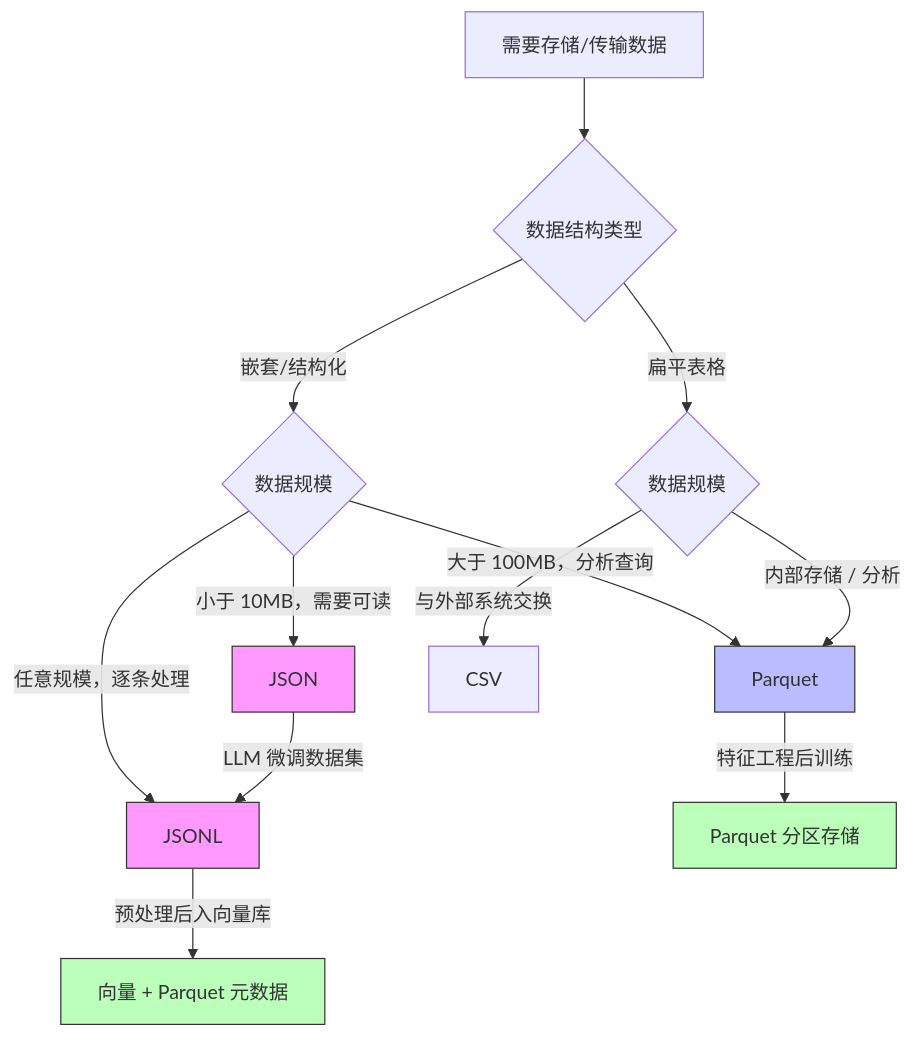
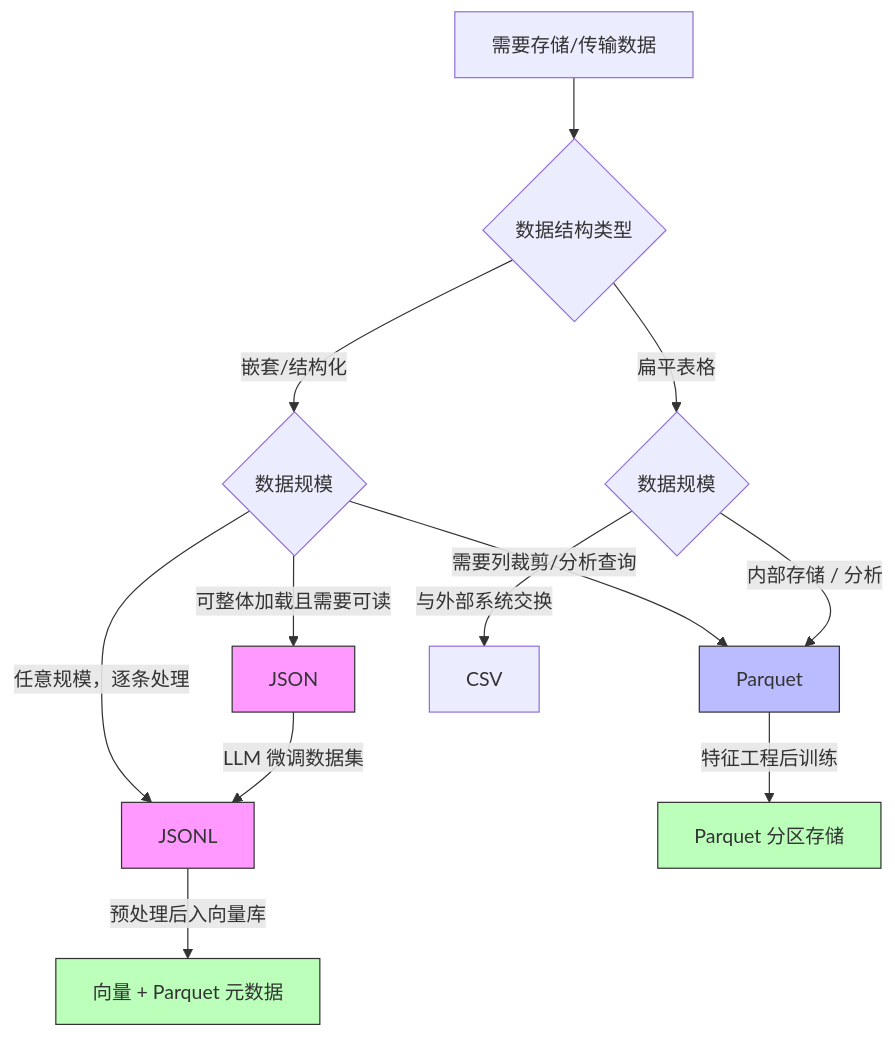
The diagram in knowledge/data/processing/data-formats.md (AmbitionC/front-end-journey-resource), drawn with Mermaid before and after one commit. The commit also changed other lines of this file and 10 other files, not shown here.

````diff
--- a/knowledge/data/processing/data-formats.md
+++ b/knowledge/data/processing/data-formats.md
@@ -232,23 +232,23 @@
 ```mermaid
 flowchart TD
     A[需要存储/传输数据] --> B{数据结构类型}
     B -->|嵌套/结构化| C{数据规模}
     B -->|扁平表格| D{数据规模}
 
-    C -->|小于 10MB，需要可读| E[JSON]
+    C -->|可整体加载且需要可读| E[JSON]
     C -->|任意规模，逐条处理| F[JSONL]
-    C -->|大于 100MB，分析查询| G[Parquet]
+    C -->|需要列裁剪/分析查询| G[Parquet]
 
     D -->|与外部系统交换| H[CSV]
     D -->|内部存储 / 分析| G
 
     E -->|LLM 微调数据集| F
     F -->|预处理后入向量库| I[向量 + Parquet 元数据]
     G -->|特征工程后训练| J[Parquet 分区存储]
 
     style E fill:#f9f,stroke:#333
     style F fill:#f9f,stroke:#333
     style G fill:#bbf,stroke:#333
     style I fill:#bfb,stroke:#333
     style J fill:#bfb,stroke:#333
 ```
````
